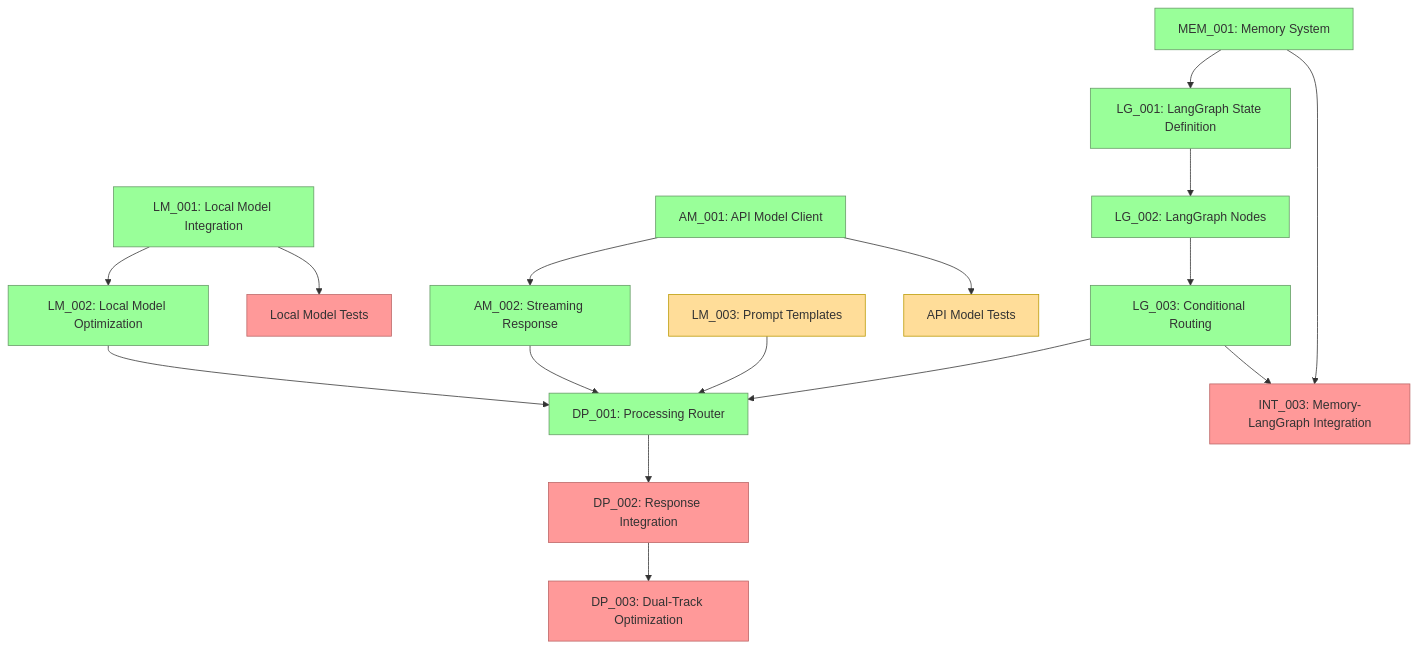
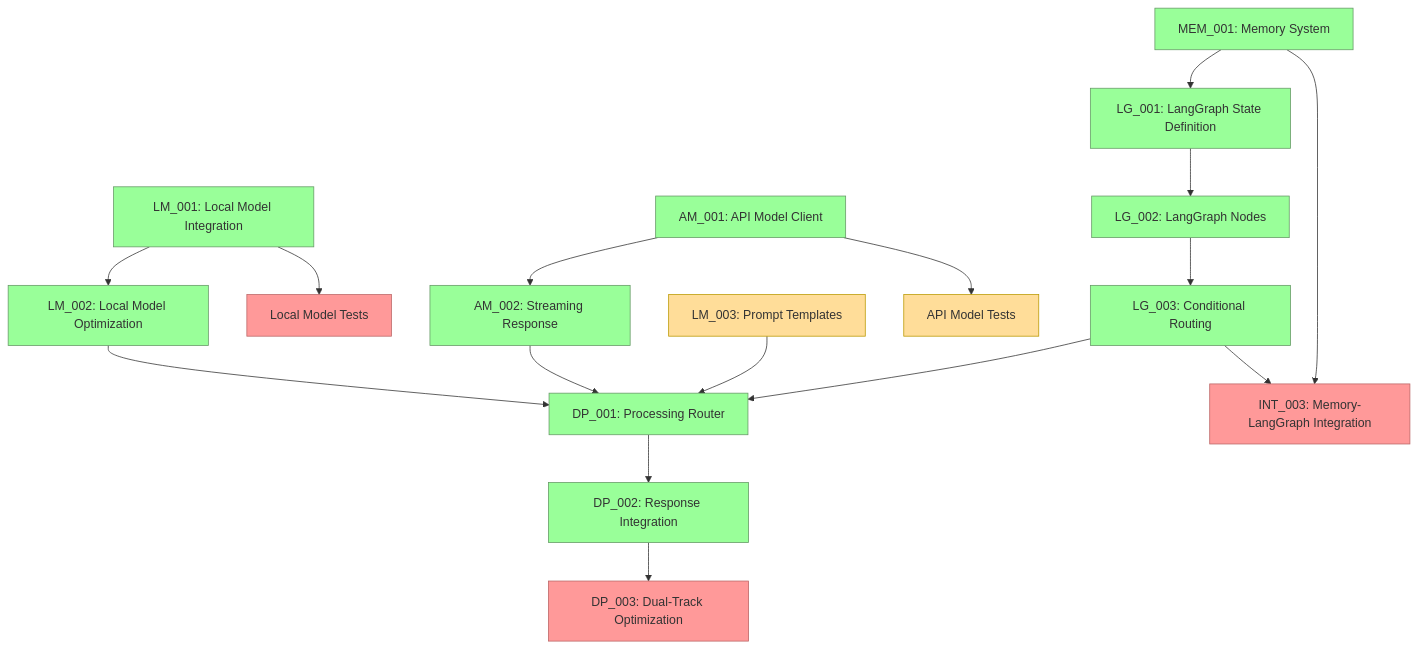
One commit to vigil-313/VANTA-ALPHA changed the diagram in SESSION_STATE.md. Above: the diagram before and after it, drawn with Mermaid. The commit also changed other lines of this file and 7 other files, not shown here.

````diff
--- a/SESSION_STATE.md
+++ b/SESSION_STATE.md
@@ -316,35 +334,35 @@
 ```mermaid
 graph TD
     %% Core Components with Status
     LM001[LM_001: Local Model Integration] --> LM002[LM_002: Local Model Optimization]
     
     AM001[AM_001: API Model Client] --> AM002[AM_002: Streaming Response]
     
     MEM001[MEM_001: Memory System] --> LG001[LG_001: LangGraph State Definition]
     LG001 --> LG002[LG_002: LangGraph Nodes]
     LG002 --> LG003[LG_003: Conditional Routing]
     
     LM002 & AM002 & LG003 --> DP001[DP_001: Processing Router]
     
     LM003[LM_003: Prompt Templates] --> DP001
     
     %% Integration path
     DP001 --> DP002[DP_002: Response Integration]
     DP002 --> DP003[DP_003: Dual-Track Optimization]
     
     %% Memory-LangGraph Integration
     LG003 & MEM001 --> INT003[INT_003: Memory-LangGraph Integration]
     
     %% Testing
     LM001 --> LMTest[Local Model Tests]
     AM001 --> AMTest[API Model Tests]
     
     %% Status styling
     classDef completed fill:#9f9,stroke:#696,stroke-width:1px
     classDef inprogress fill:#fd9,stroke:#b90,stroke-width:1px
     classDef notstarted fill:#f99,stroke:#b66,stroke-width:1px
     
-    class LM001,AM001,MEM001,LM002,AM002,LG001,LG002,LG003,DP001 completed
+    class LM001,AM001,MEM001,LM002,AM002,LG001,LG002,LG003,DP001,DP002 completed
     class LM003,AMTest inprogress
-    class INT003,LMTest,DP002,DP003 notstarted
+    class INT003,LMTest,DP003 notstarted
 ```
````
